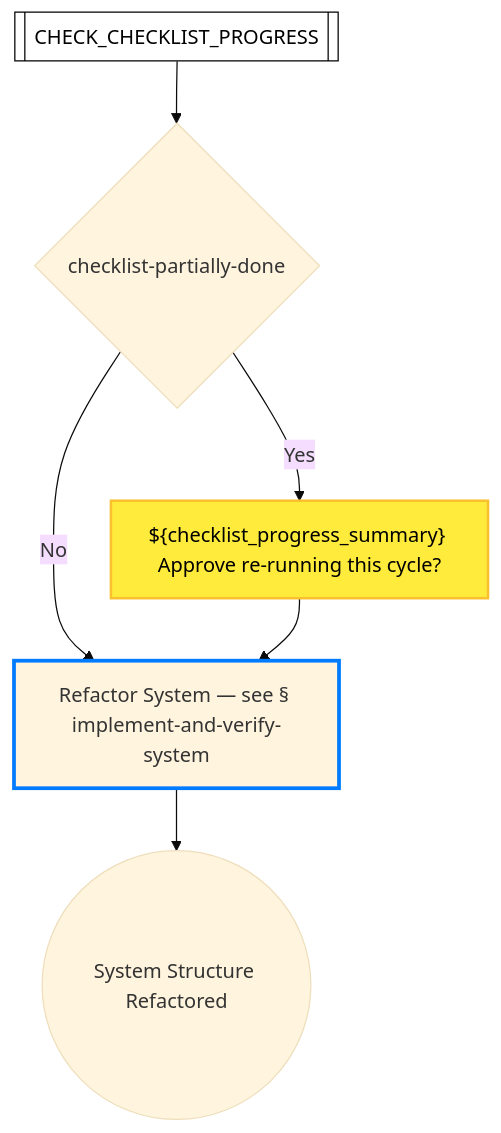
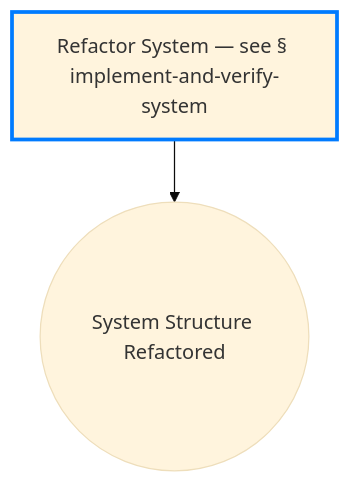
Before and after one commit to optivem/gh-optivem: the tenth of 53 diagrams in docs/process-diagram.md, drawn with Mermaid (base theme). The commit also changed other lines of this file and 89 other files, not shown here.

Commit message:
atdd: regenerate process-flow diagram

````diff
--- a/docs/process-diagram.md
+++ b/docs/process-diagram.md
@@ -277,23 +232,10 @@
 ```mermaid
 flowchart TD
-    CHECK_CHECKLIST_PROGRESS[[CHECK_CHECKLIST_PROGRESS]]
-    GATE_CHECKLIST_PARTIALLY_DONE{checklist-partially-done}
     IMPLEMENT_AND_VERIFY_SYSTEM[Refactor System — see § implement-and-verify-system]
     REFACTOR_SYSTEM_STRUCTURE_END((System Structure Refactored))
-    STOP_CHECKLIST_PARTIALLY_DONE["${checklist_progress_summary} Approve re-running this cycle?"]
 
-    CHECK_CHECKLIST_PROGRESS --> GATE_CHECKLIST_PARTIALLY_DONE
-    GATE_CHECKLIST_PARTIALLY_DONE -- Yes --> STOP_CHECKLIST_PARTIALLY_DONE
-    GATE_CHECKLIST_PARTIALLY_DONE -- No --> IMPLEMENT_AND_VERIFY_SYSTEM
-    STOP_CHECKLIST_PARTIALLY_DONE --> IMPLEMENT_AND_VERIFY_SYSTEM
     IMPLEMENT_AND_VERIFY_SYSTEM --> REFACTOR_SYSTEM_STRUCTURE_END
-
-    classDef serviceNode fill:#ffffff,stroke:#000000,stroke-width:1px,color:#000000
-    class CHECK_CHECKLIST_PROGRESS serviceNode
-
-    classDef humanNode fill:#ffeb3b,stroke:#fbc02d,stroke-width:2px,color:#000000
-    class STOP_CHECKLIST_PARTIALLY_DONE humanNode
 
     classDef tddRefactorNode stroke:#007bff,stroke-width:3px
     class IMPLEMENT_AND_VERIFY_SYSTEM tddRefactorNode
 ```
````
